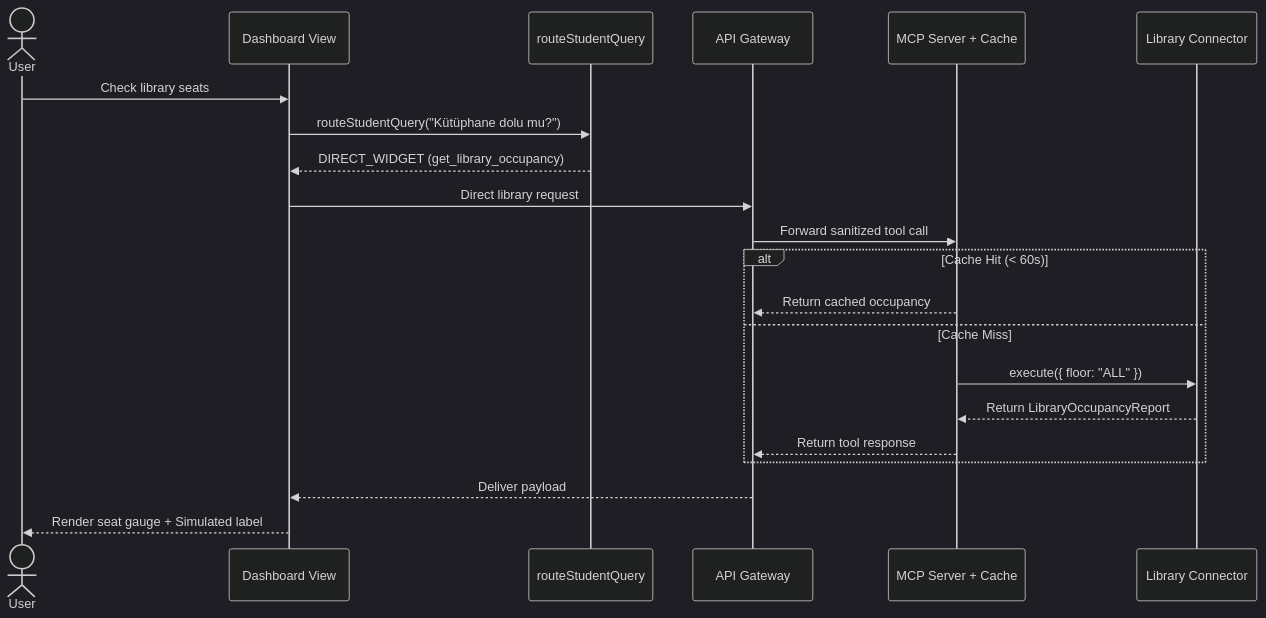
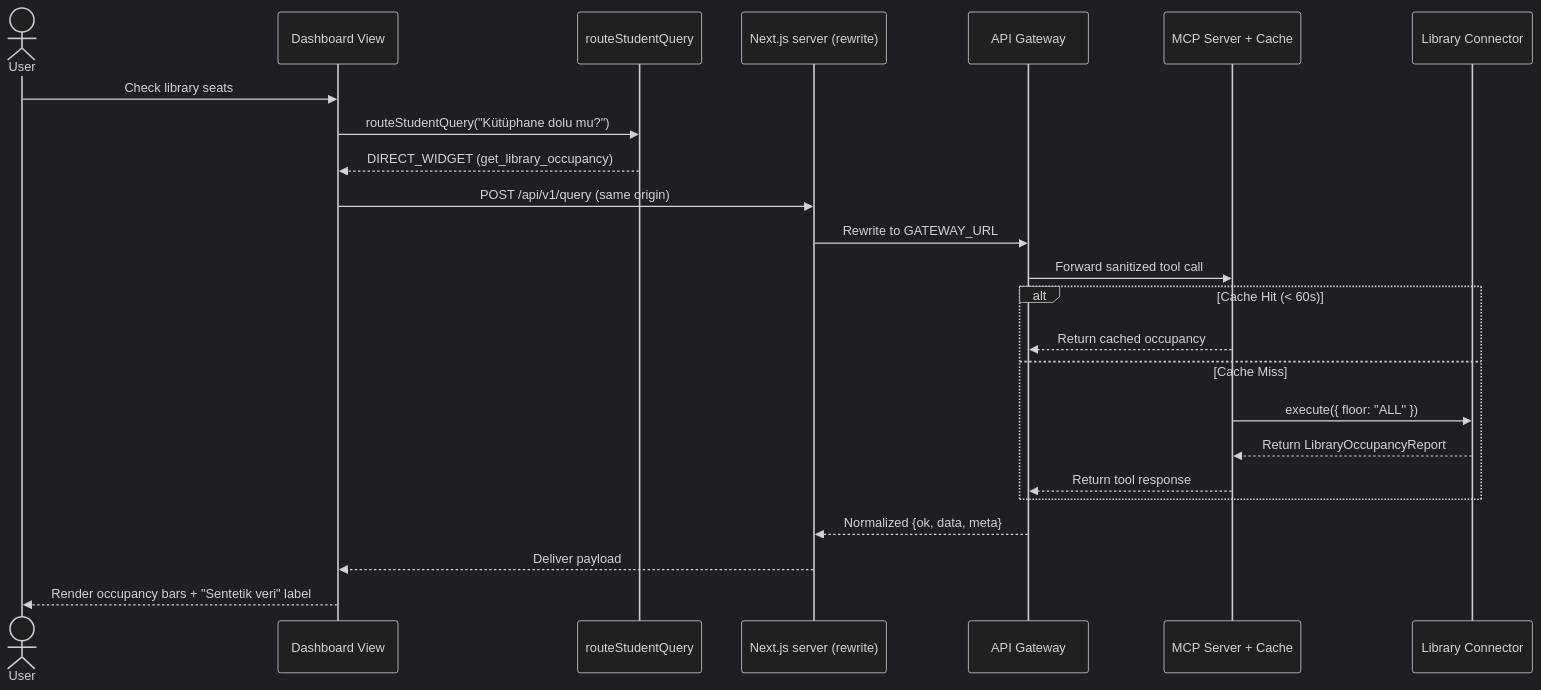
One commit to CPPpriest/BIL481-2026-Project changed the eighth of 9 diagrams in docs/Design_Document.md. Above: the diagram before and after it, drawn with Mermaid (dark theme). The commit also changed other lines of this file, not shown here.

````diff
--- a/docs/Design_Document.md
+++ b/docs/Design_Document.md
@@ -967,24 +1082,27 @@
 ```mermaid
 sequenceDiagram
     actor User
     participant UI as Dashboard View
     participant Router as routeStudentQuery
+    participant NX as Next.js server (rewrite)
     participant Gateway as API Gateway
     participant MCP as MCP Server + Cache
     participant Library as Library Connector
 
     User->>UI: Check library seats
     UI->>Router: routeStudentQuery("Kütüphane dolu mu?")
     Router-->>UI: DIRECT_WIDGET (get_library_occupancy)
-    UI->>Gateway: Direct library request
+    UI->>NX: POST /api/v1/query (same origin)
+    NX->>Gateway: Rewrite to GATEWAY_URL
     Gateway->>MCP: Forward sanitized tool call
     alt Cache Hit (< 60s)
         MCP-->>Gateway: Return cached occupancy
     else Cache Miss
         MCP->>Library: execute({ floor: "ALL" })
         Library-->>MCP: Return LibraryOccupancyReport
         MCP-->>Gateway: Return tool response
     end
-    Gateway-->>UI: Deliver payload
-    UI-->>User: Render seat gauge + Simulated label
+    Gateway-->>NX: Normalized {ok, data, meta}
+    NX-->>UI: Deliver payload
+    UI-->>User: Render occupancy bars + "Sentetik veri" label
 ```
````
